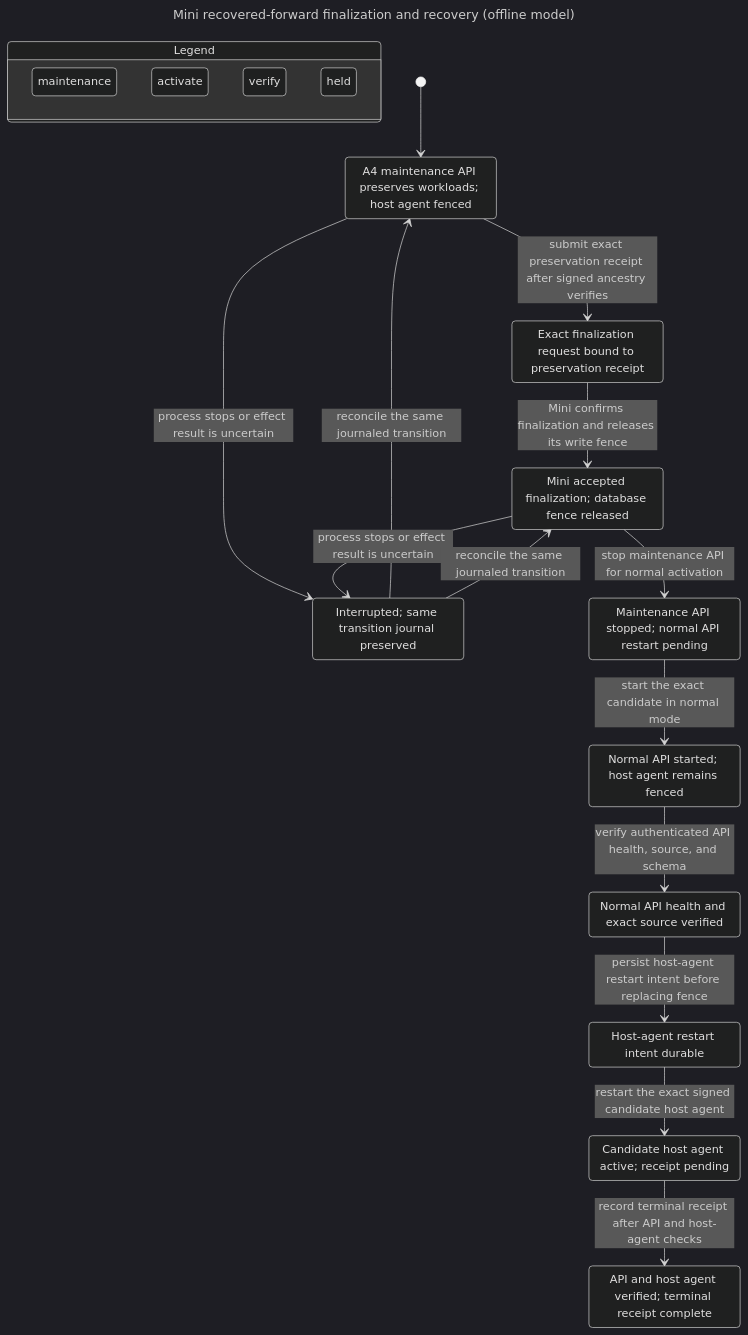
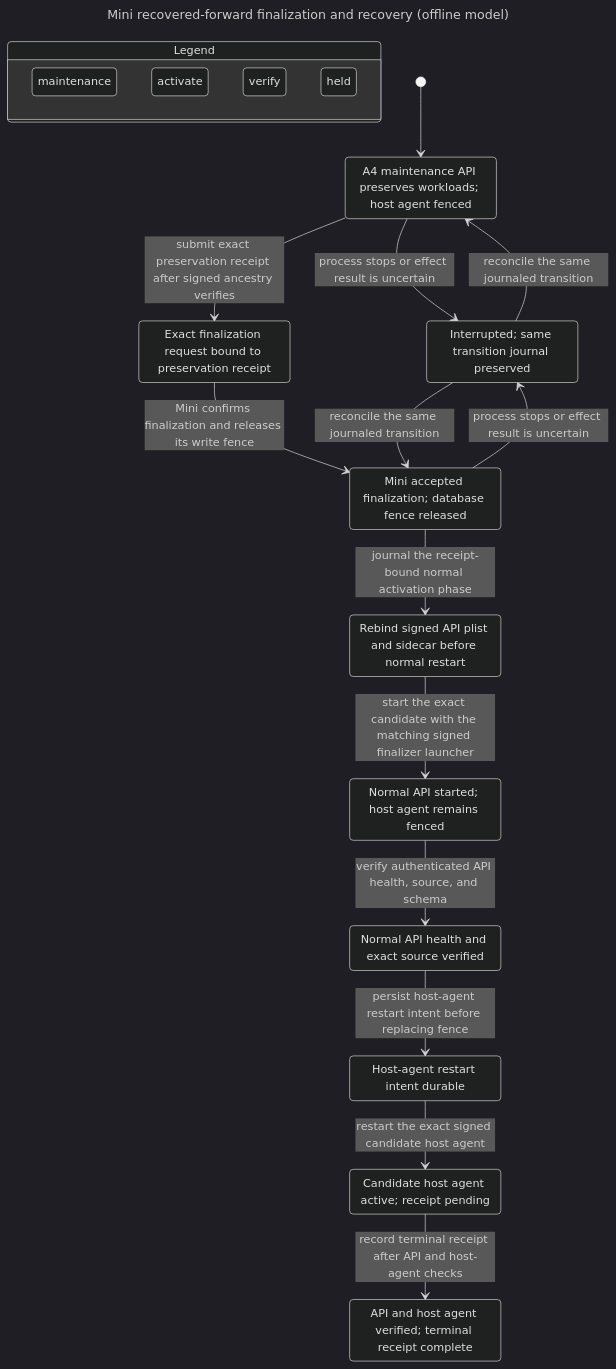
One commit to antiartificial/norn changed the diagram in docs/v3/statecharts/mini-recovered-forward-finalize/chart.mmd. Above: the diagram before and after it, drawn with Mermaid (dark theme). The commit also changed 23 other files, not shown here.

First line of the commit message:
fix(v3): rebind prior Mini controller during finalization

```diff
--- a/docs/v3/statecharts/mini-recovered-forward-finalize/chart.mmd
+++ b/docs/v3/statecharts/mini-recovered-forward-finalize/chart.mmd
@@ -1,47 +1,47 @@
 ---
 title: "Mini recovered-forward finalization and recovery (offline model)"
 ---
 stateDiagram-v2
   state "Legend" as legend {
     lg0: maintenance
     lg1: activate
     lg2: verify
     lg3: held
   }
   class lg0 blue
   class lg1 teal
   class lg2 purple
   class lg3 orange
   s0: A4 maintenance API preserves workloads#59; host agent fenced
-  s1: Exact finalization request bound to preservation receipt
-  s2: Interrupted#59; same transition journal preserved
+  s1: Interrupted#59; same transition journal preserved
+  s2: Exact finalization request bound to preservation receipt
   s3: Mini accepted finalization#59; database fence released
-  s4: Maintenance API stopped#59; normal API restart pending
+  s4: Rebind signed API plist and sidecar before normal restart
   s5: Normal API started#59; host agent remains fenced
   s6: Normal API health and exact source verified
   s7: Host-agent restart intent durable
   s8: Candidate host agent active#59; receipt pending
   s9: API and host agent verified#59; terminal receipt complete
   [*] --> s0
-  s0 --> s1: submit exact preservation receipt after signed ancestry verifies
-  s0 --> s2: process stops or effect result is uncertain
-  s1 --> s3: Mini confirms finalization and releases its write fence
-  s2 --> s0: reconcile the same journaled transition
-  s3 --> s2: process stops or effect result is uncertain
-  s3 --> s4: stop maintenance API for normal activation
-  s2 --> s3: reconcile the same journaled transition
-  s4 --> s5: start the exact candidate in normal mode
+  s0 --> s1: process stops or effect result is uncertain
+  s1 --> s0: reconcile the same journaled transition
+  s0 --> s2: submit exact preservation receipt after signed ancestry verifies
+  s2 --> s3: Mini confirms finalization and releases its write fence
+  s3 --> s1: process stops or effect result is uncertain
+  s3 --> s4: journal the receipt-bound normal activation phase
+  s1 --> s3: reconcile the same journaled transition
+  s4 --> s5: start the exact candidate with the matching signed finalizer launcher
   s5 --> s6: verify authenticated API health, source, and schema
   s6 --> s7: persist host-agent restart intent before replacing fence
   s7 --> s8: restart the exact signed candidate host agent
   s8 --> s9: record terminal receipt after API and host-agent checks
   class s0 blue
-  class s1 blue
-  class s2 orange
+  class s1 orange
+  class s2 blue
   class s3 teal
   class s4 teal
   class s5 purple
   class s6 purple
   class s7 purple
   class s8 purple
   class s9 purple
```
